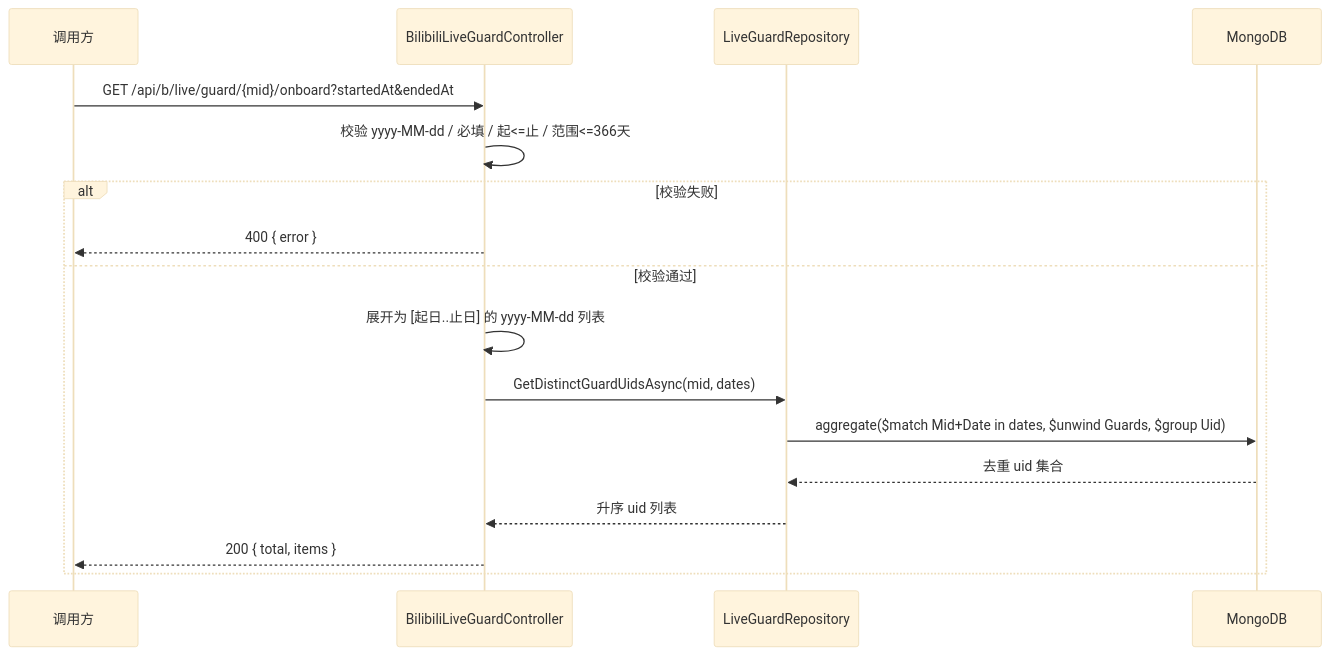
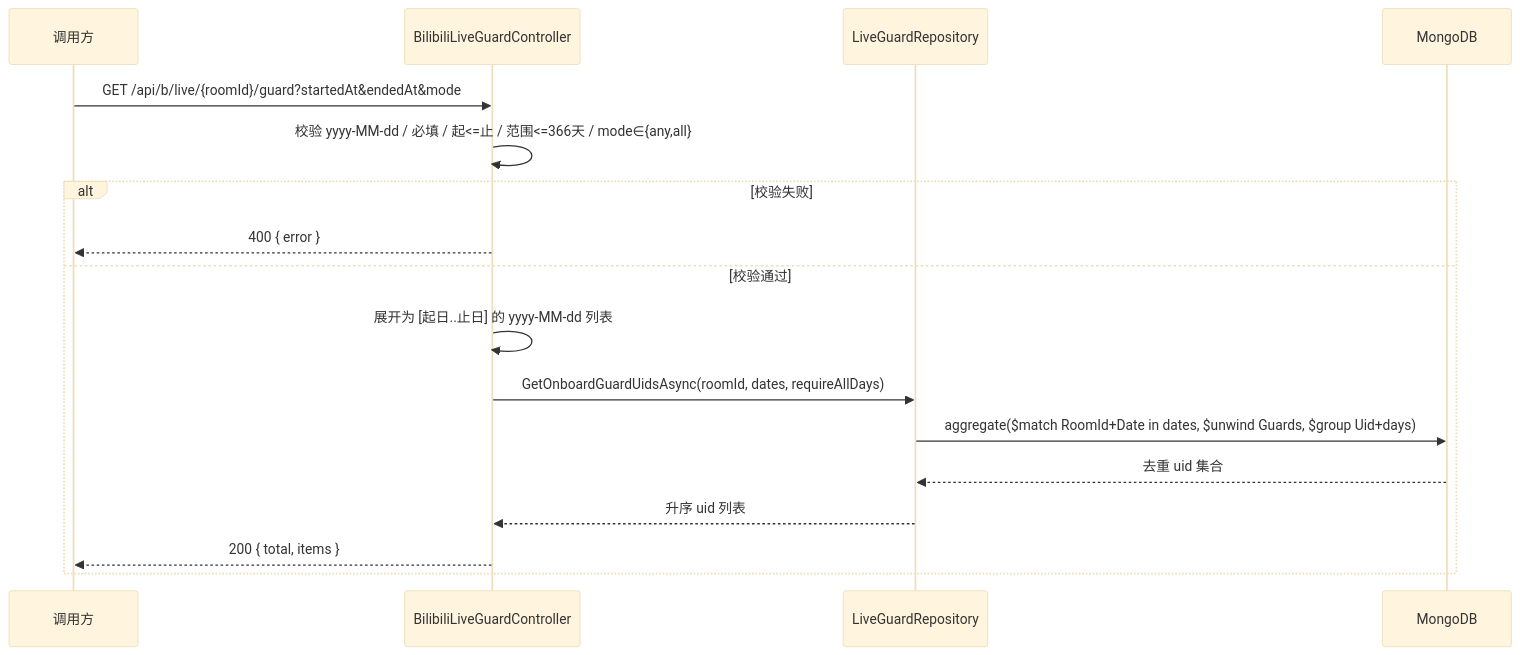
Before and after one commit to Deliay/z-vtuber: the third of 3 diagrams in docs/engineering/proposals/20260903-proposal-live-guard-onboard-query.md, drawn with Mermaid (base theme). The commit also changed other lines of this file and 1 other file, not shown here.

Commit message:
docs: rework onboard query to /api/b/live/{roomId}/guard with any/all mode

````diff
--- a/docs/engineering/proposals/20260903-proposal-live-guard-onboard-query.md
+++ b/docs/engineering/proposals/20260903-proposal-live-guard-onboard-query.md
@@ -142,20 +146,20 @@
 ```mermaid
 sequenceDiagram
     participant U as 调用方
     participant A as BilibiliLiveGuardController
     participant R as LiveGuardRepository
     participant D as MongoDB
 
-    U->>A: GET /api/b/live/guard/{mid}/onboard?startedAt&endedAt
-    A->>A: 校验 yyyy-MM-dd / 必填 / 起<=止 / 范围<=366天
+    U->>A: GET /api/b/live/{roomId}/guard?startedAt&endedAt&mode
+    A->>A: 校验 yyyy-MM-dd / 必填 / 起<=止 / 范围<=366天 / mode∈{any,all}
     alt 校验失败
         A-->>U: 400 { error }
     else 校验通过
         A->>A: 展开为 [起日..止日] 的 yyyy-MM-dd 列表
-        A->>R: GetDistinctGuardUidsAsync(mid, dates)
-        R->>D: aggregate($match Mid+Date in dates, $unwind Guards, $group Uid)
+        A->>R: GetOnboardGuardUidsAsync(roomId, dates, requireAllDays)
+        R->>D: aggregate($match RoomId+Date in dates, $unwind Guards, $group Uid+days)
         D-->>R: 去重 uid 集合
         R-->>A: 升序 uid 列表
         A-->>U: 200 { total, items }
     end
 ```
````
